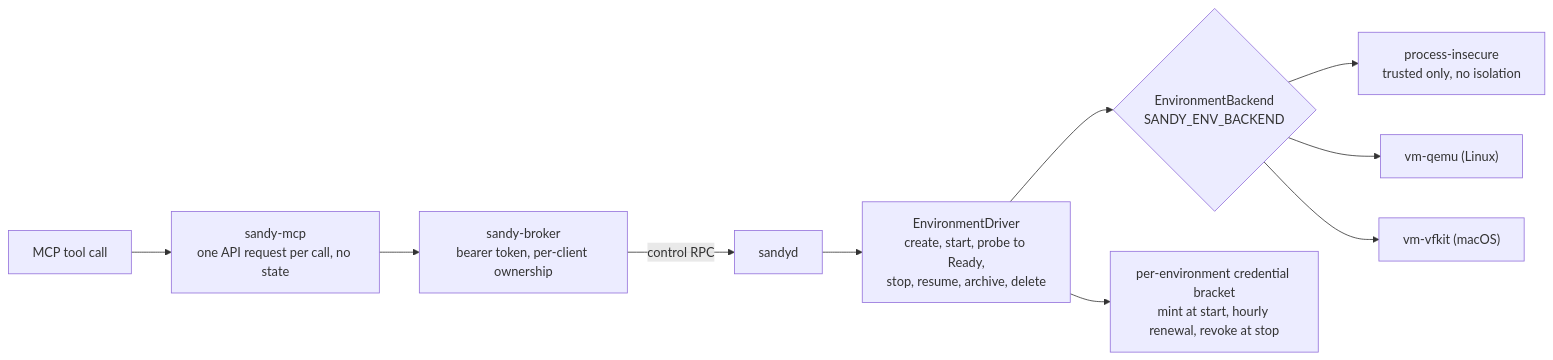
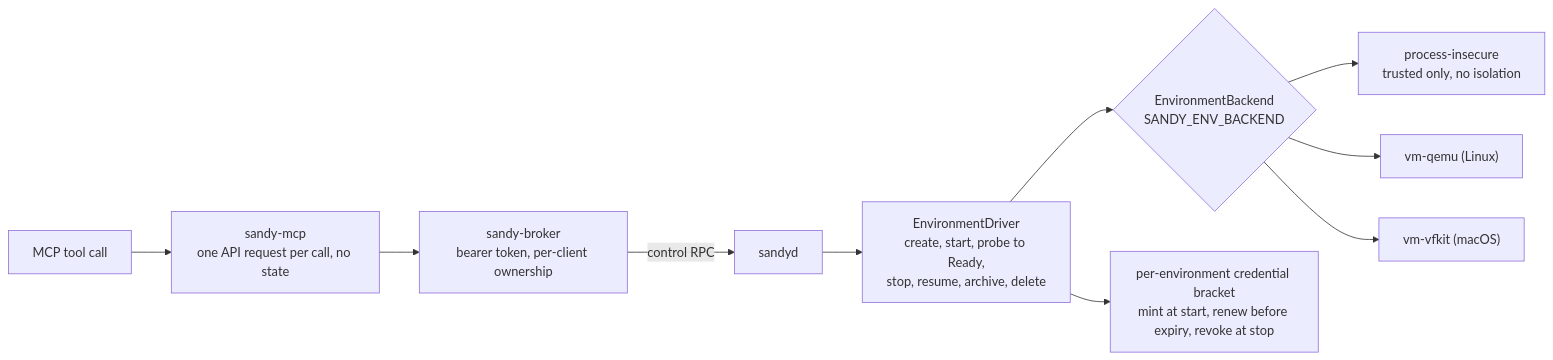
Before and after one commit to kauki-labs/sandy: the eighth of 8 diagrams in docs/architecture/components.md, drawn with Mermaid. The commit also changed other lines of this file, not shown here.

First line of the commit message:
docs(architecture): correct components page after review

````diff
--- a/docs/architecture/components.md
+++ b/docs/architecture/components.md
@@ -233,12 +254,12 @@
 ```mermaid
 flowchart LR
   tool["MCP tool call"] --> mcp["sandy-mcp<br/>one API request per call, no state"]
   mcp --> broker["sandy-broker<br/>bearer token, per-client ownership"]
   broker -->|control RPC| sandyd
   sandyd --> drv["EnvironmentDriver<br/>create, start, probe to Ready,<br/>stop, resume, archive, delete"]
   drv --> backend{"EnvironmentBackend<br/>SANDY_ENV_BACKEND"}
   backend --> pe["process-insecure<br/>trusted only, no isolation"]
   backend --> vq["vm-qemu (Linux)"]
   backend --> vv["vm-vfkit (macOS)"]
-  drv --> credb["per-environment credential bracket<br/>mint at start, hourly renewal, revoke at stop"]
+  drv --> credb["per-environment credential bracket<br/>mint at start, renew before expiry, revoke at stop"]
 ```
````
